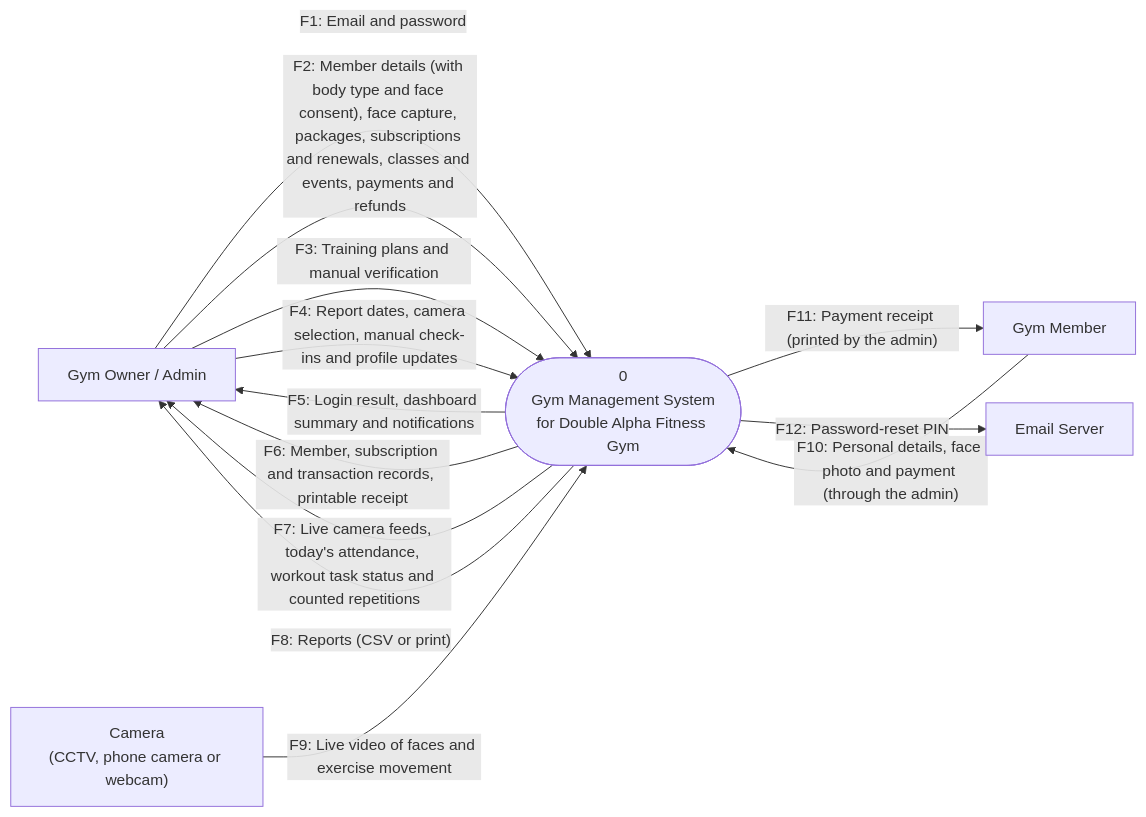
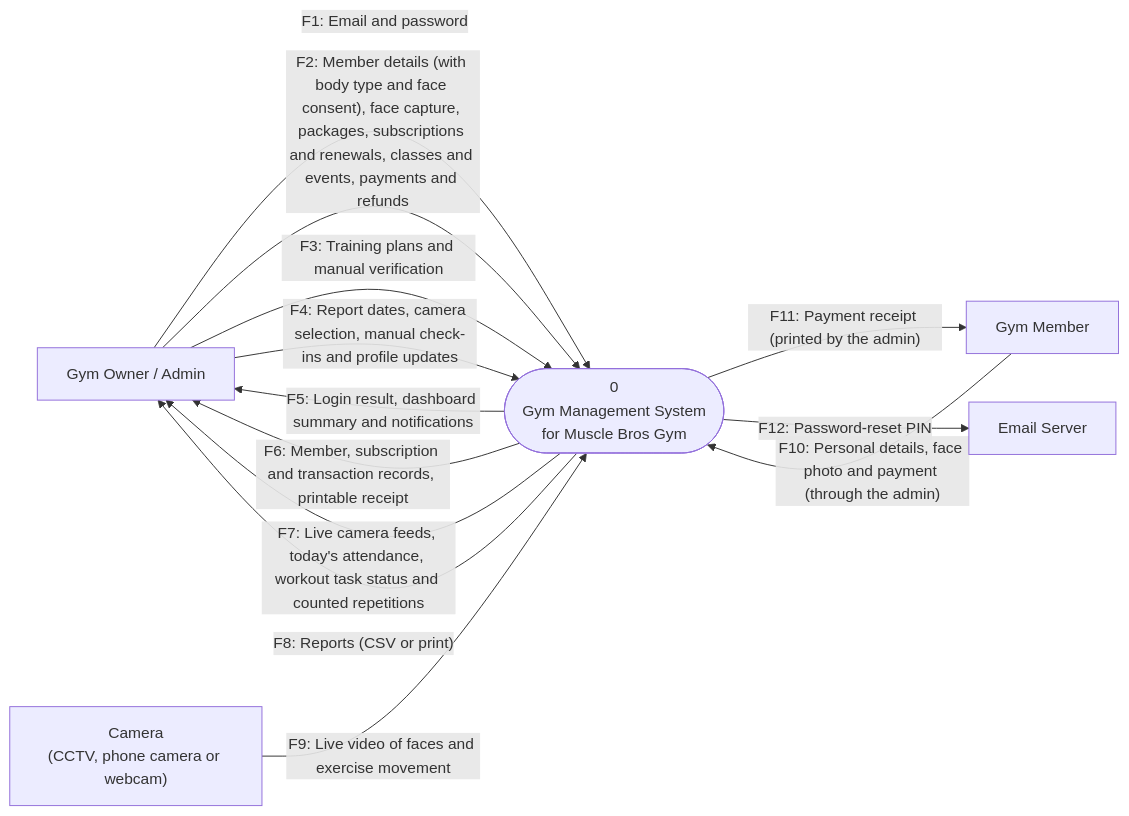
Before and after one commit to Plonteras191/GYM2-CAPSTONE: the diagram in Correct_Diagrams/2_Context_Level_Diagram.md, drawn with Mermaid. The commit also changed 30 other files, not shown here.

````diff
--- a/Correct_Diagrams/2_Context_Level_Diagram.md
+++ b/Correct_Diagrams/2_Context_Level_Diagram.md
@@ -7,23 +7,23 @@
 ```mermaid
 flowchart LR
     Admin["Gym Owner / Admin"]
     Camera["Camera<br/>(CCTV, phone camera or webcam)"]
     Member["Gym Member"]
     Mail["Email Server"]
-    System(["0<br/>Gym Management System<br/>for Double Alpha Fitness Gym"])
+    System(["0<br/>Gym Management System<br/>for Muscle Bros Gym"])
 
     Admin -->|"F1: Email and password"| System
     Admin -->|"F2: Member details (with body type and face consent), face capture, packages, subscriptions and renewals, classes and events, payments and refunds"| System
     Admin -->|"F3: Training plans and manual verification"| System
     Admin -->|"F4: Report dates, camera selection, manual check-ins and profile updates"| System
 
     System -->|"F5: Login result, dashboard summary and notifications"| Admin
     System -->|"F6: Member, subscription and transaction records, printable receipt"| Admin
     System -->|"F7: Live camera feeds, today's attendance, workout task status and counted repetitions"| Admin
     System -->|"F8: Reports (CSV or print)"| Admin
 
     Camera -->|"F9: Live video of faces and exercise movement"| System
     Member -->|"F10: Personal details, face photo and payment (through the admin)"| System
     System -->|"F11: Payment receipt (printed by the admin)"| Member
     System -->|"F12: Password-reset PIN"| Mail
 ```
````
